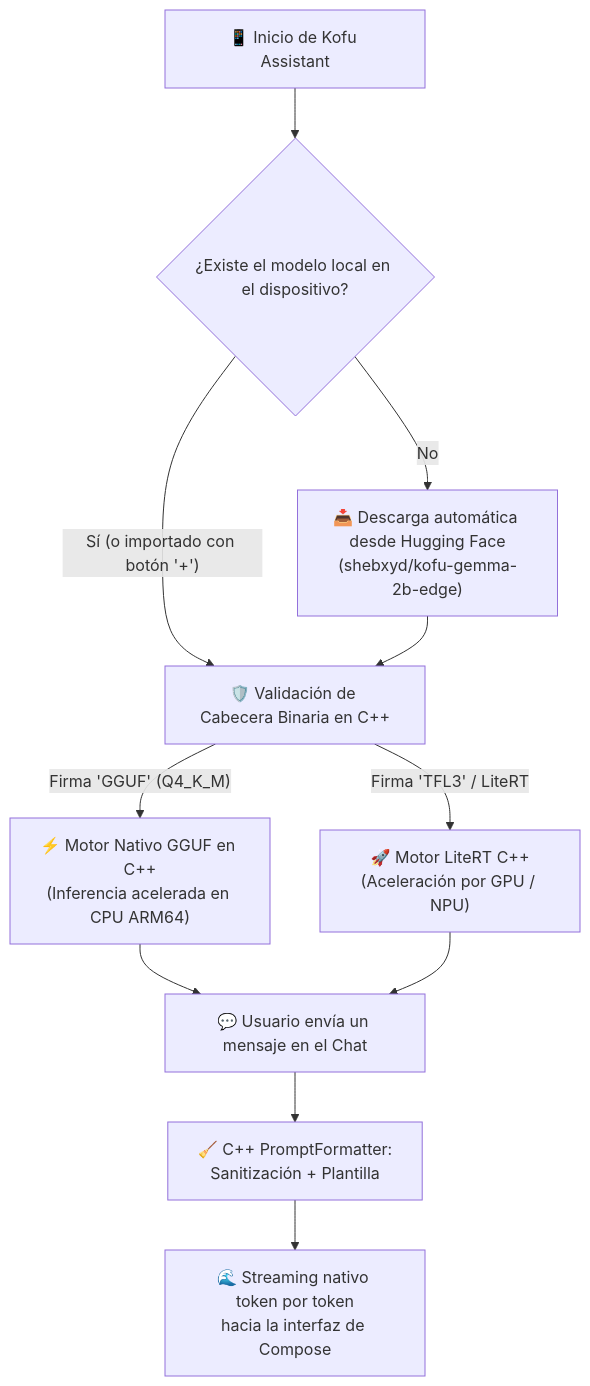
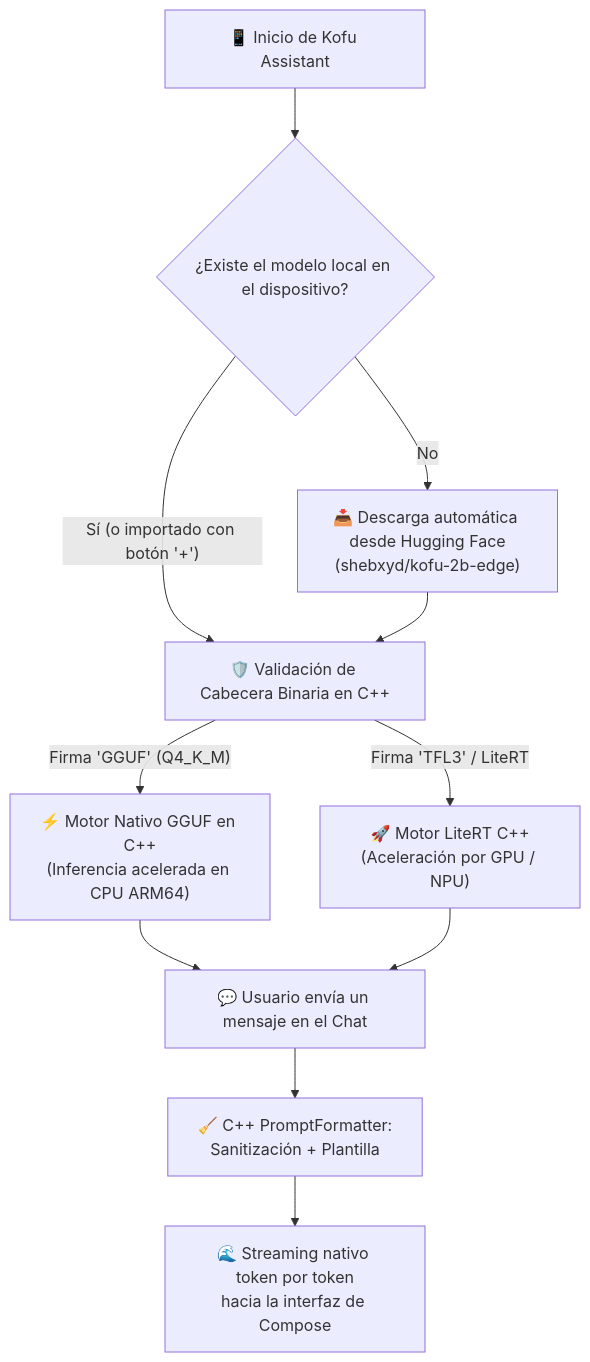
Before and after one commit to Kineyo/Kofu_Mobile: the diagram in README.md, drawn with Mermaid. The commit also changed other lines of this file and 4 other files, not shown here.

Commit message:
docs & refactor: sync Hugging Face model id to kofu-2b-edge and add Gemma compliance notices

````diff
--- a/README.md
+++ b/README.md
@@ -69,13 +63,13 @@
 ```mermaid
 flowchart TD
     A["📱 Inicio de Kofu Assistant"] --> B{"¿Existe el modelo local en el dispositivo?"}
-    B -- "No" --> C["📥 Descarga automática desde Hugging Face\n(shebxyd/kofu-gemma-2b-edge)"]
+    B -- "No" --> C["📥 Descarga automática desde Hugging Face\n(shebxyd/kofu-2b-edge)"]
     B -- "Sí (o importado con botón '+')" --> D["🛡️ Validación de Cabecera Binaria en C++"]
     C --> D
     D -- "Firma 'GGUF' (Q4_K_M)" --> E["⚡ Motor Nativo GGUF en C++\n(Inferencia acelerada en CPU ARM64)"]
     D -- "Firma 'TFL3' / LiteRT" --> F["🚀 Motor LiteRT C++\n(Aceleración por GPU / NPU)"]
     E --> G["💬 Usuario envía un mensaje en el Chat"]
     F --> G
     G --> H["🧹 C++ PromptFormatter:\nSanitización + Plantilla <start_of_turn>"]
     H --> I["🌊 Streaming nativo token por token\nhacia la interfaz de Compose"]
 ```
````
